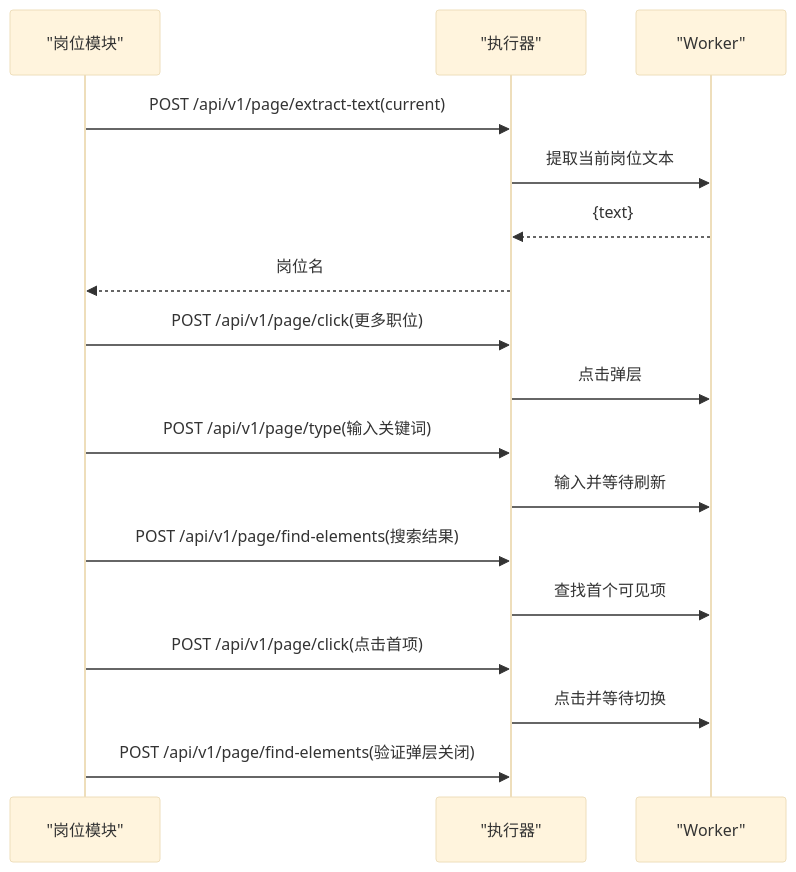
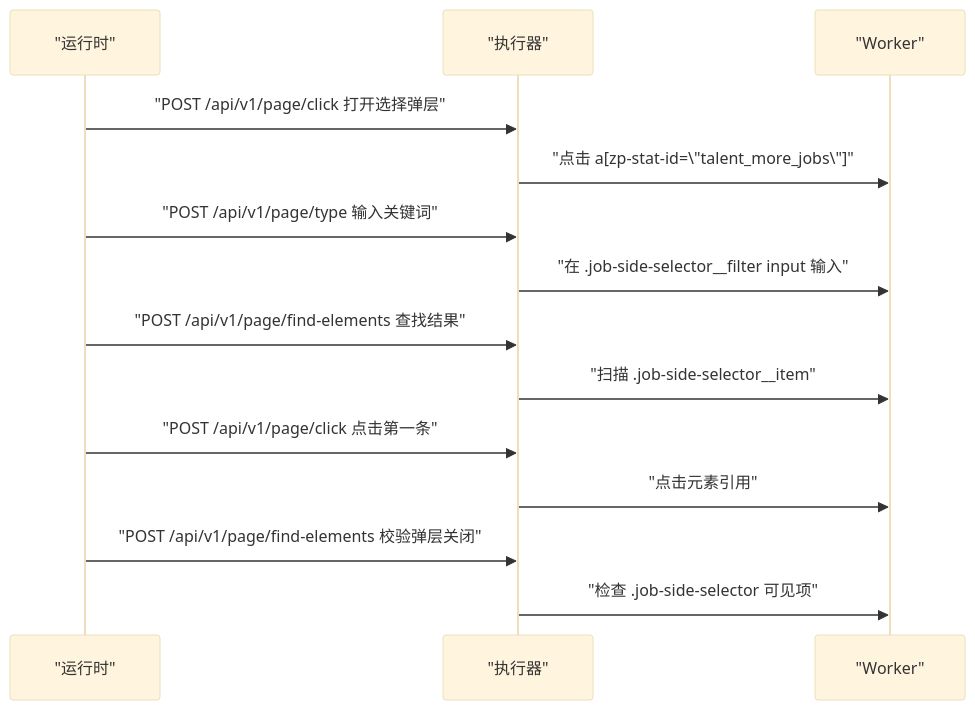
One commit to alvinwangzi/goodhr changed the fifth of 9 diagrams in .qoder/repowiki/zh/content/本地执行器/平台适配器/前程无忧适配器/前程无忧适配器.md. Above: the diagram before and after it, drawn with Mermaid (base theme). The commit also changed other lines of this file and 149 other files, not shown here.

````diff
--- a/.qoder/repowiki/zh/content/本地执行器/平台适配器/前程无忧适配器/前程无忧适配器.md
+++ b/.qoder/repowiki/zh/content/本地执行器/平台适配器/前程无忧适配器/前程无忧适配器.md
@@ -183,19 +179,16 @@
 ```mermaid
 sequenceDiagram
-participant P as "岗位模块"
+participant R as "运行时"
 participant E as "执行器"
 participant W as "Worker"
-P->>E : POST /api/v1/page/extract-text(current)
-E->>W : 提取当前岗位文本
-W-->>E : {text}
-E-->>P : 岗位名
-P->>E : POST /api/v1/page/click(更多职位)
-E->>W : 点击弹层
-P->>E : POST /api/v1/page/type(输入关键词)
-E->>W : 输入并等待刷新
-P->>E : POST /api/v1/page/find-elements(搜索结果)
-E->>W : 查找首个可见项
-P->>E : POST /api/v1/page/click(点击首项)
-E->>W : 点击并等待切换
-P->>E : POST /api/v1/page/find-elements(验证弹层关闭)
+R->>E : "POST /api/v1/page/click 打开选择弹层"
+E->>W : "点击 a[zp-stat-id=\"talent_more_jobs\"]"
+R->>E : "POST /api/v1/page/type 输入关键词"
+E->>W : "在 .job-side-selector__filter input 输入"
+R->>E : "POST /api/v1/page/find-elements 查找结果"
+E->>W : "扫描 .job-side-selector__item"
+R->>E : "POST /api/v1/page/click 点击第一条"
+E->>W : "点击元素引用"
+R->>E : "POST /api/v1/page/find-elements 校验弹层关闭"
+E->>W : "检查 .job-side-selector 可见项"
 ```
````
